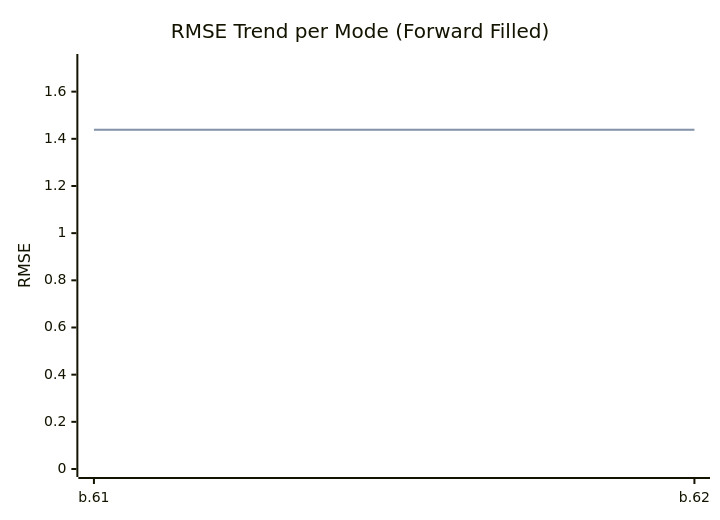
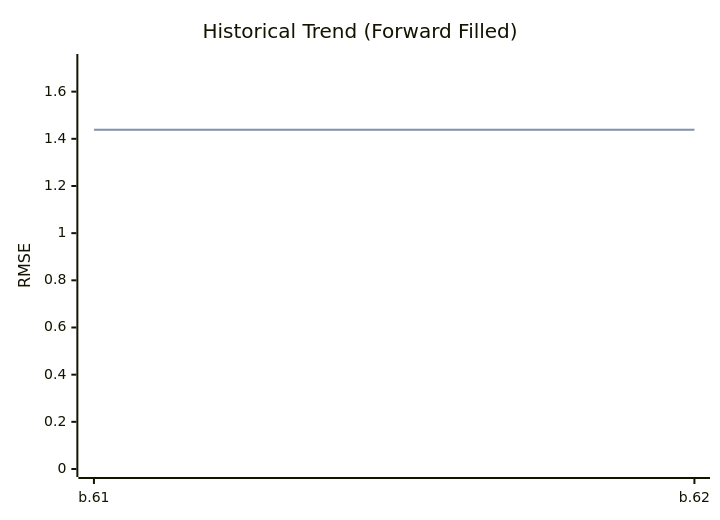
Before and after one commit to timo-eberl/tracy: the first of 2 diagrams in README.md, drawn with Mermaid. The commit also changed other lines of this file and 3 other files, not shown here.

````diff
--- a/README.md
+++ b/README.md
@@ -12,8 +12,8 @@
 ```mermaid
 xychart-beta
-    title "RMSE Trend per Mode (Forward Filled)"
+    title "Historical Trend (Forward Filled)"
     x-axis ["b.61", "b.62"]
     y-axis "RMSE" 0 --> 1.7257
     line [1.4381, 1.4381]
     line [1.4381, 1.4381]
 ```
````
